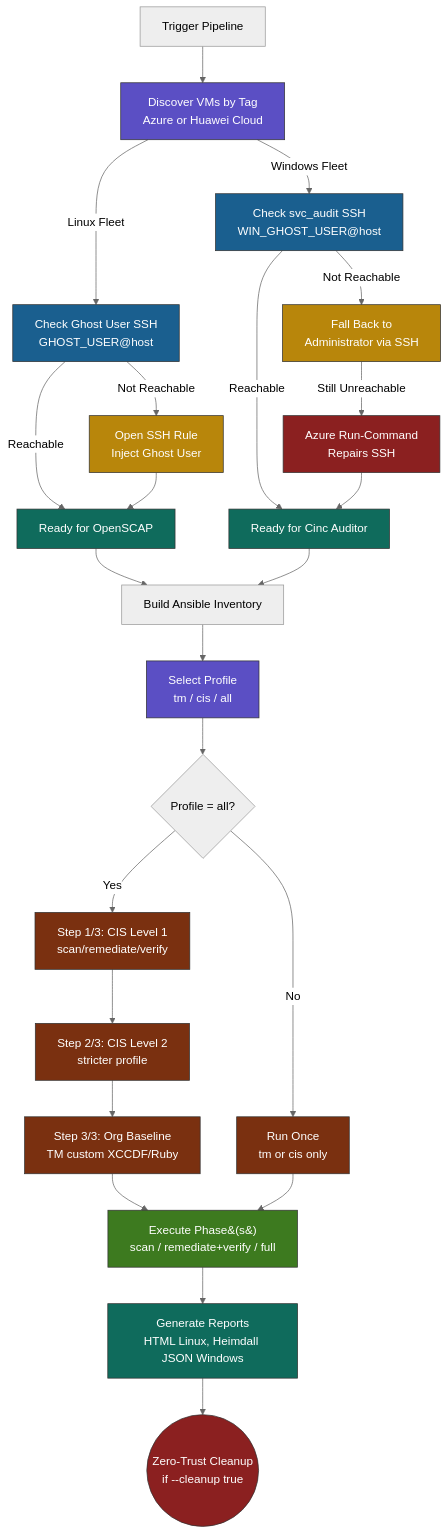
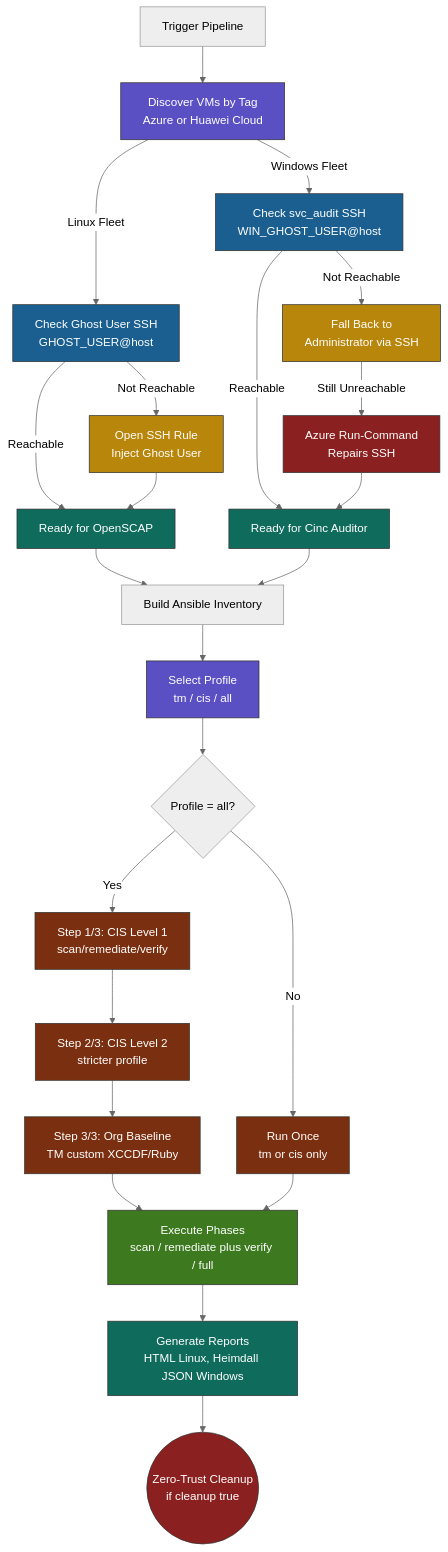
One commit to danishkhan0101/X-Cloud-Multi-OS-Benchmark-Auditor changed the diagram in README.md. Above: the diagram before and after it, drawn with Mermaid (neutral theme).

````diff
--- a/README.md
+++ b/README.md
@@ -32,50 +32,50 @@
 ```mermaid
 graph TD
     A[Trigger Pipeline] --> B[Discover VMs by Tag<br/>Azure or Huawei Cloud]
 
     B -->|Linux Fleet| D[Check Ghost User SSH<br/>GHOST_USER@host]
     B -->|Windows Fleet| E[Check svc_audit SSH<br/>WIN_GHOST_USER@host]
 
     D -- Not Reachable --> F[Open SSH Rule<br/>Inject Ghost User]
     D -- Reachable --> G[Ready for OpenSCAP]
     F --> G
 
     E -- Not Reachable --> H[Fall Back to<br/>Administrator via SSH]
     E -- Reachable --> I[Ready for Cinc Auditor]
     H -- Still Unreachable --> H2[Azure Run-Command<br/>Repairs SSH]
     H2 --> I
 
     G --> J[Build Ansible Inventory]
     I --> J
 
     J --> K[Select Profile<br/>tm / cis / all]
 
     K --> L{Profile = all?}
     L -- Yes --> M1[Step 1/3: CIS Level 1<br/>scan/remediate/verify]
     M1 --> M2[Step 2/3: CIS Level 2<br/>stricter profile]
     M2 --> M3[Step 3/3: Org Baseline<br/>TM custom XCCDF/Ruby]
     L -- No --> M4[Run Once<br/>tm or cis only]
 
-    M3 --> N[Execute Phase&#40;s&#41;<br/>scan / remediate+verify / full]
+    M3 --> N[Execute Phases<br/>scan / remediate plus verify / full]
     M4 --> N
 
     N --> O[Generate Reports<br/>HTML Linux, Heimdall JSON Windows]
-    O --> P((Zero-Trust Cleanup<br/>if --cleanup true))
+    O --> P((Zero-Trust Cleanup<br/>if cleanup true))
 
     style B fill:#5b4fc4,stroke:#333,color:#fff
     style D fill:#1a5f8f,stroke:#333,color:#fff
     style E fill:#1a5f8f,stroke:#333,color:#fff
     style F fill:#b8860b,stroke:#333,color:#fff
     style H fill:#b8860b,stroke:#333,color:#fff
     style H2 fill:#8b2020,stroke:#333,color:#fff
     style G fill:#0f6b5c,stroke:#333,color:#fff
     style I fill:#0f6b5c,stroke:#333,color:#fff
     style K fill:#5b4fc4,stroke:#333,color:#fff
     style M1 fill:#7a3010,stroke:#333,color:#fff
     style M2 fill:#7a3010,stroke:#333,color:#fff
     style M3 fill:#7a3010,stroke:#333,color:#fff
     style M4 fill:#7a3010,stroke:#333,color:#fff
     style N fill:#3d7a1f,stroke:#333,color:#fff
     style O fill:#0f6b5c,stroke:#333,color:#fff
     style P fill:#8b2020,stroke:#333,color:#fff
 ```
````
